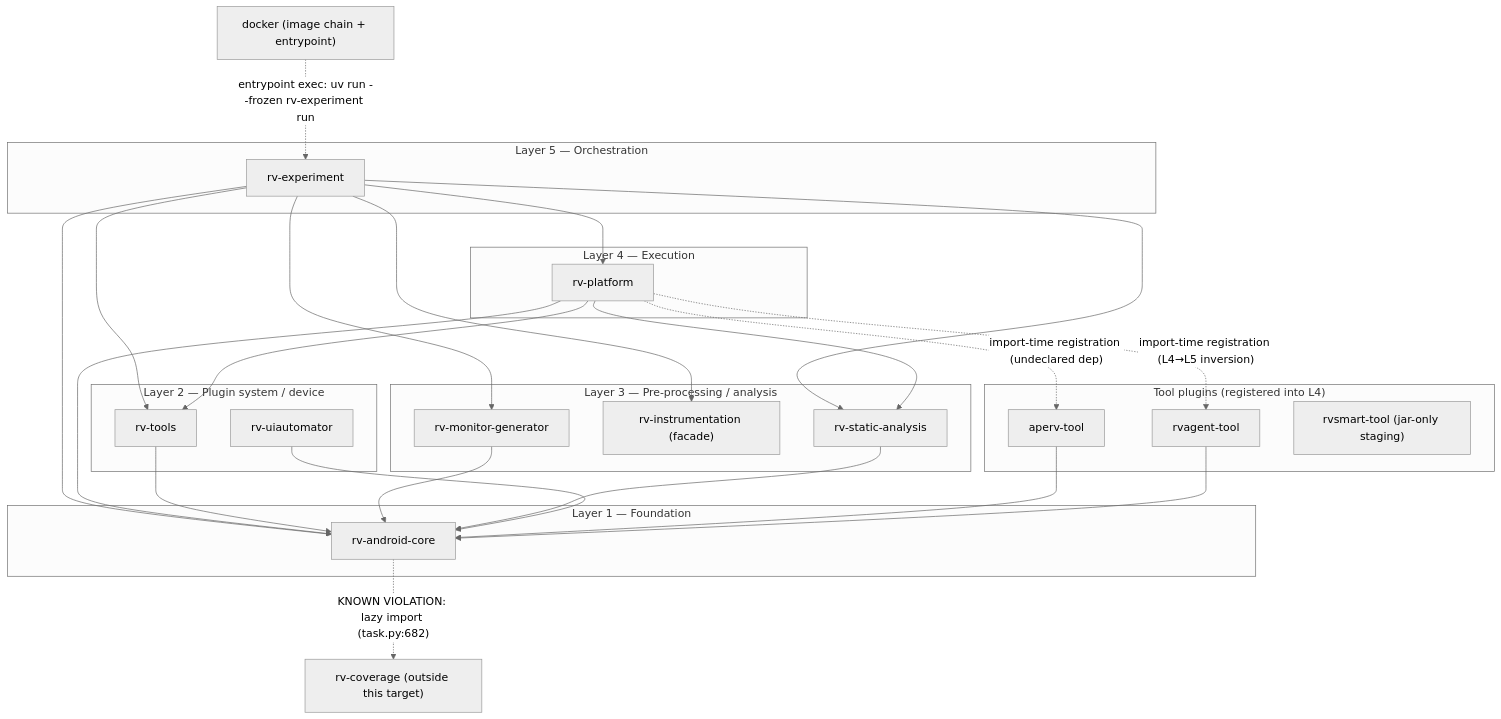
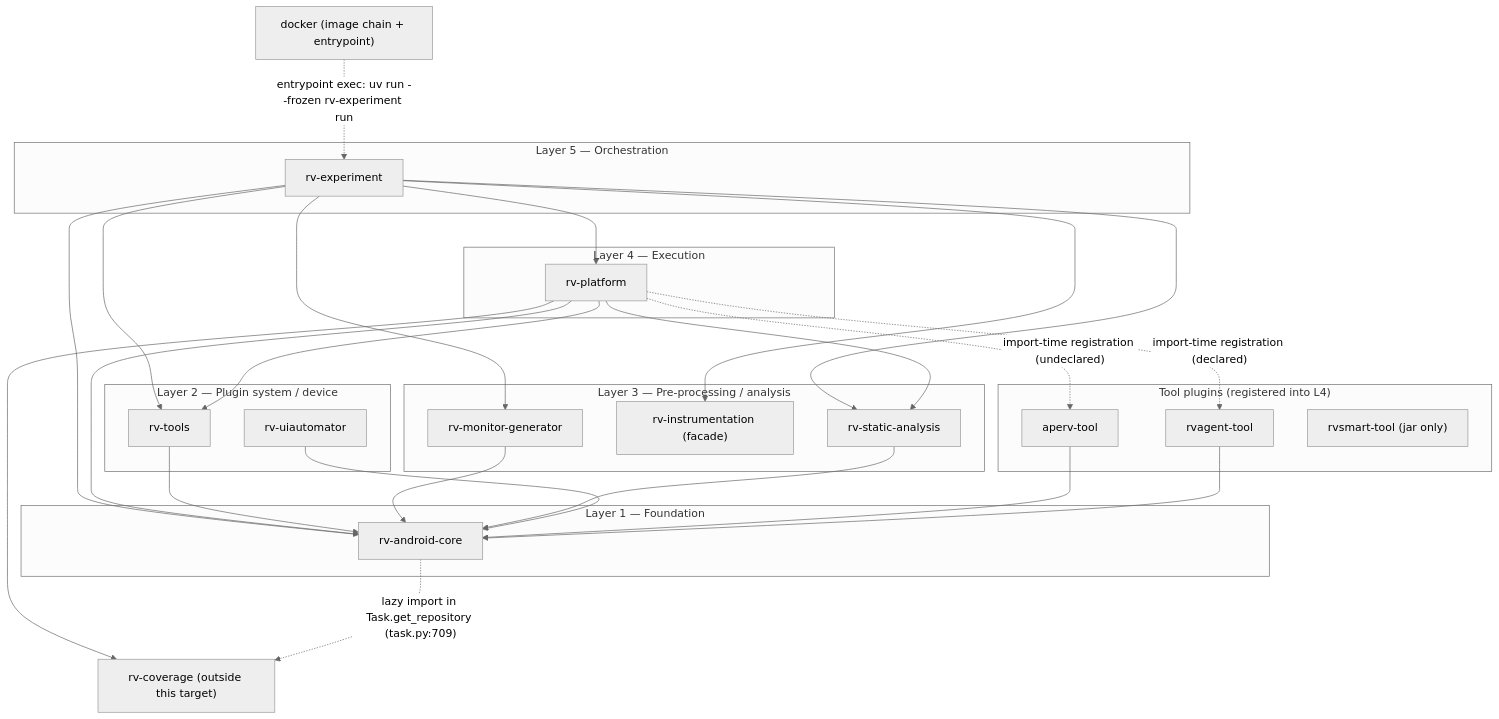
Before and after one commit to PAMunb/rvsec: the second of 4 diagrams in rv-android/docs/architecture/subsystem-rv-experiment.md, drawn with Mermaid. The commit also changed other lines of this file and 7 other files, not shown here.

````diff
--- a/rv-android/docs/architecture/subsystem-rv-experiment.md
+++ b/rv-android/docs/architecture/subsystem-rv-experiment.md
@@ -723,49 +725,50 @@
 ```mermaid
 %%{init: {'theme': 'neutral'}}%%
 flowchart TB
     subgraph L5["Layer 5 — Orchestration"]
         RVEXP["rv-experiment"]
     end
     subgraph LPLUG["Tool plugins (registered into L4)"]
         APERV["aperv-tool"]
         RVAGT["rvagent-tool"]
-        RVSMT["rvsmart-tool (jar-only staging)"]
+        RVSMT["rvsmart-tool (jar only)"]
     end
     subgraph L4["Layer 4 — Execution"]
         RVPLT["rv-platform"]
     end
     subgraph L3["Layer 3 — Pre-processing / analysis"]
         RVMON["rv-monitor-generator"]
         RVINS["rv-instrumentation (facade)"]
         RVSTA["rv-static-analysis"]
     end
     subgraph L2["Layer 2 — Plugin system / device"]
         RVTLS["rv-tools"]
         RVUIA["rv-uiautomator"]
     end
     subgraph L1["Layer 1 — Foundation"]
         CORE["rv-android-core"]
     end
     DOCK["docker (image chain + entrypoint)"]
     RVCOV["rv-coverage (outside this target)"]
 
     DOCK -. "entrypoint exec: uv run --frozen rv-experiment run" .-> RVEXP
     RVEXP --> RVPLT
     RVEXP --> RVMON
     RVEXP --> RVINS
     RVEXP --> RVSTA
     RVEXP --> RVTLS
     RVEXP --> CORE
     RVPLT --> RVTLS
     RVPLT --> RVSTA
+    RVPLT --> RVCOV
     RVPLT --> CORE
-    RVPLT -. "import-time registration (L4→L5 inversion)" .-> RVAGT
-    RVPLT -. "import-time registration (undeclared dep)" .-> APERV
+    RVPLT -. "import-time registration (declared)" .-> RVAGT
+    RVPLT -. "import-time registration (undeclared)" .-> APERV
     RVTLS --> CORE
     RVMON --> CORE
     RVSTA --> CORE
     RVUIA --> CORE
     APERV --> CORE
     RVAGT --> CORE
-    CORE -. "KNOWN VIOLATION: lazy import (task.py:682)" .-> RVCOV
+    CORE -. "lazy import in Task.get_repository (task.py:709)" .-> RVCOV
 ```
````
